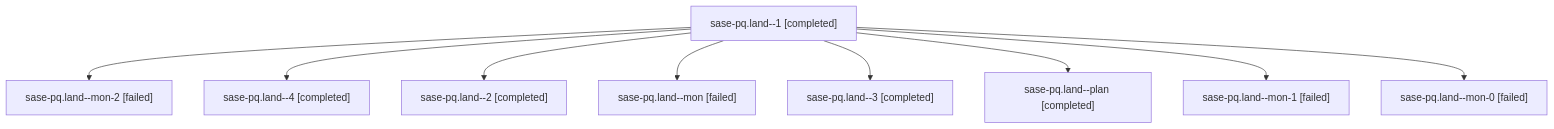
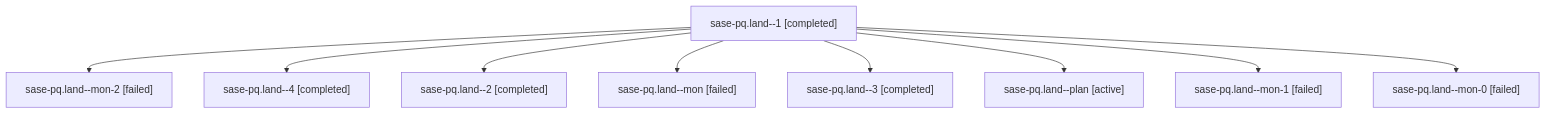
One commit to sase-org/sase--agents changed the diagram in families/bbugyi200.athena.sase-pq.land.md. Above: the diagram before and after it, drawn with Mermaid. The commit also changed other lines of this file and 35830 other files, not shown here.

````diff
--- a/families/bbugyi200.athena.sase-pq.land.md
+++ b/families/bbugyi200.athena.sase-pq.land.md
@@ -9,20 +9,20 @@
 ```mermaid
 flowchart TD
   n0["sase-pq.land--1 [completed]"]
   n1["sase-pq.land--mon-2 [failed]"]
   n0 --> n1
   n2["sase-pq.land--4 [completed]"]
   n0 --> n2
   n3["sase-pq.land--2 [completed]"]
   n0 --> n3
   n4["sase-pq.land--mon [failed]"]
   n0 --> n4
   n5["sase-pq.land--3 [completed]"]
   n0 --> n5
-  n6["sase-pq.land--plan [completed]"]
+  n6["sase-pq.land--plan [active]"]
   n0 --> n6
   n7["sase-pq.land--mon-1 [failed]"]
   n0 --> n7
   n8["sase-pq.land--mon-0 [failed]"]
   n0 --> n8
 ```
````
